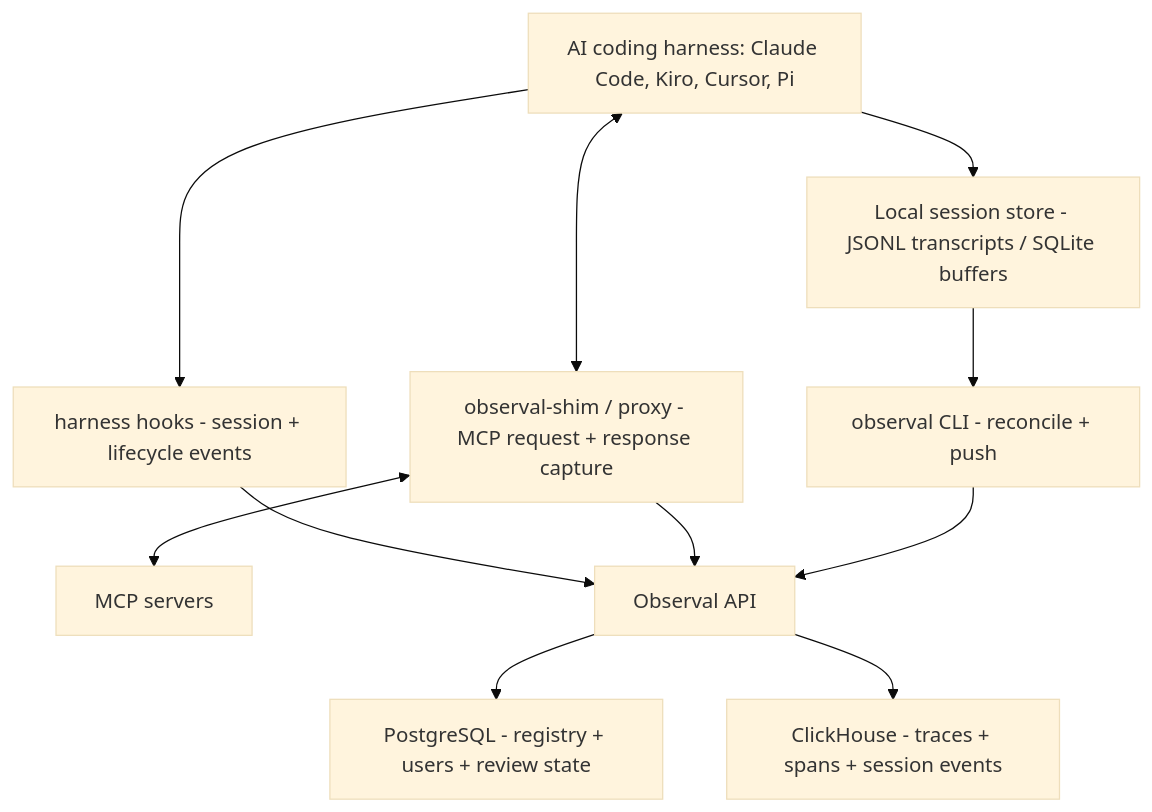
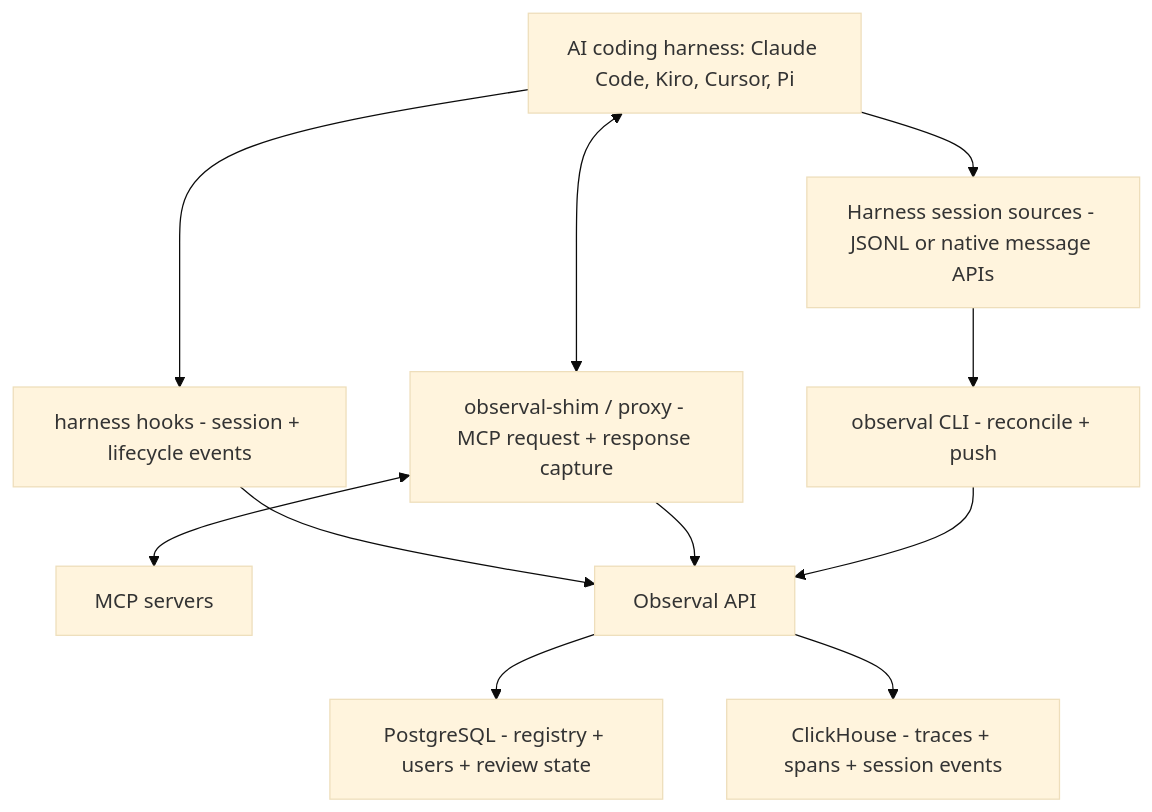
Before and after one commit to Observal/Observal: the diagram in docs/getting-started/core-concepts.md, drawn with Mermaid (base theme). The commit also changed other lines of this file and 12 other files, not shown here.

````diff
--- a/docs/getting-started/core-concepts.md
+++ b/docs/getting-started/core-concepts.md
@@ -11,23 +11,23 @@
 ```mermaid
 flowchart TB
     harness["AI coding harness: Claude Code, Kiro, Cursor, Pi"]
-    sessions["Local session store - JSONL transcripts / SQLite buffers"]
+    sessions["Harness session sources - JSONL or native message APIs"]
     hooks["harness hooks - session + lifecycle events"]
     shim["observal-shim / proxy - MCP request + response capture"]
     mcp[MCP servers]
     cli["observal CLI - reconcile + push"]
     api[Observal API]
     pg["PostgreSQL - registry + users + review state"]
     ch["ClickHouse - traces + spans + session events"]
 
     harness --> sessions
     harness --> hooks
     harness <--> shim
     shim <--> mcp
     hooks --> api
     shim --> api
     sessions --> cli
     cli --> api
     api --> pg
     api --> ch
 ```
````
